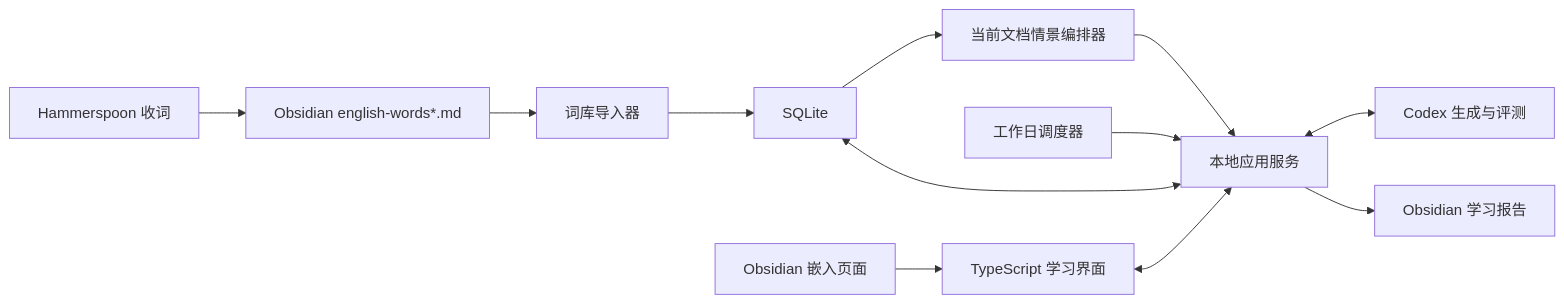
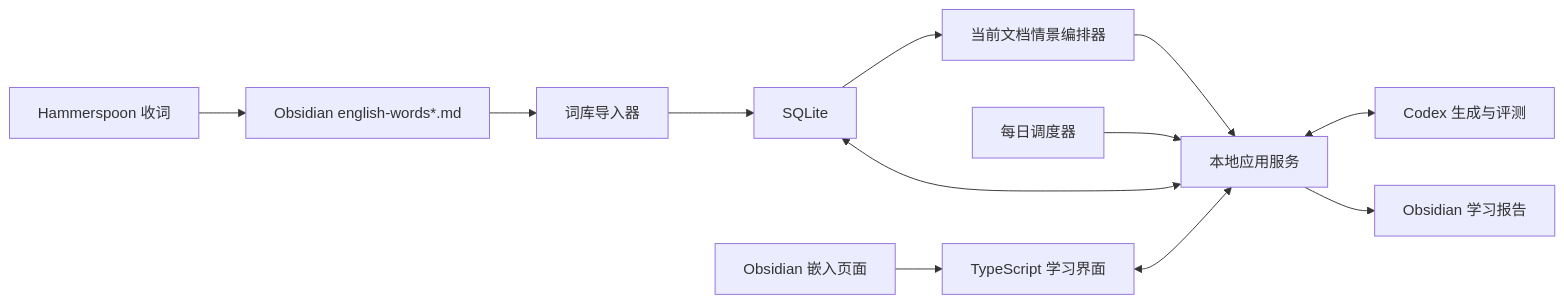
The diagram in ARCHITECTURE.md (xiaomayi-ant/Growth-English), drawn with Mermaid before and after one commit. The commit also changed other lines of this file and 7 other files, not shown here.

````diff
--- a/ARCHITECTURE.md
+++ b/ARCHITECTURE.md
@@ -131,14 +131,14 @@
 ```mermaid
 flowchart LR
     H["Hammerspoon 收词"] --> M["Obsidian english-words*.md"]
     M --> I["词库导入器"]
     I --> DB["SQLite"]
     DB --> G["当前文档情景编排器"]
-    S["工作日调度器"] --> API["本地应用服务"]
+    S["每日调度器"] --> API["本地应用服务"]
     API <--> DB
     G --> API
     UI["TypeScript 学习界面"] <--> API
     O["Obsidian 嵌入页面"] --> UI
     API <--> C["Codex 生成与评测"]
     API --> R["Obsidian 学习报告"]
 ```
````
